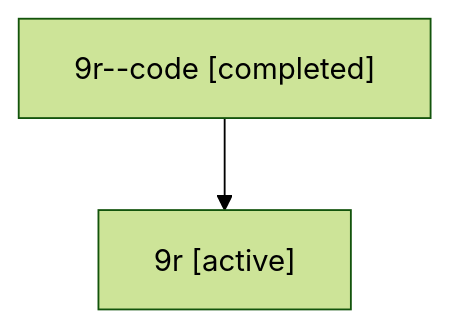
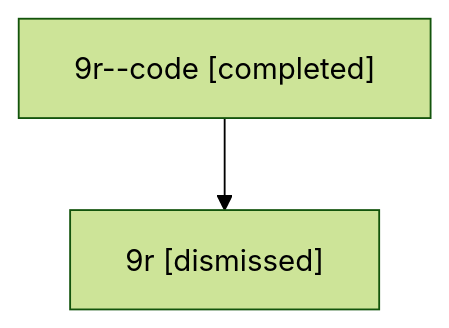
The diagram in sessions/bbugyi200.athena.9r.md (bobs-org/bob-cli--agents), drawn with Mermaid (forest theme) before and after one commit. The commit also changed other lines of this file and 34 other files, not shown here.

````diff
--- a/sessions/bbugyi200.athena.9r.md
+++ b/sessions/bbugyi200.athena.9r.md
@@ -9,6 +9,6 @@
 ```mermaid
 flowchart TD
   n0["9r--code [completed]"]
-  n1["9r [active]"]
+  n1["9r [dismissed]"]
   n0 --> n1
 ```
````
